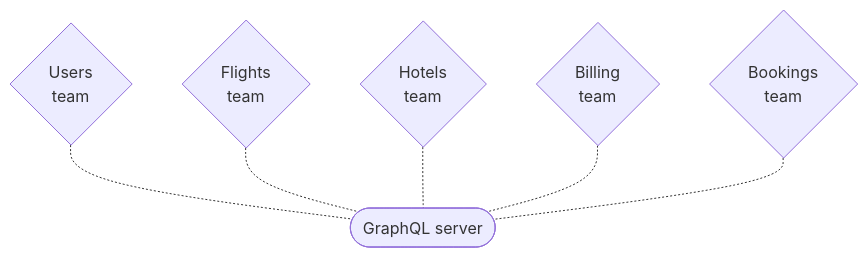
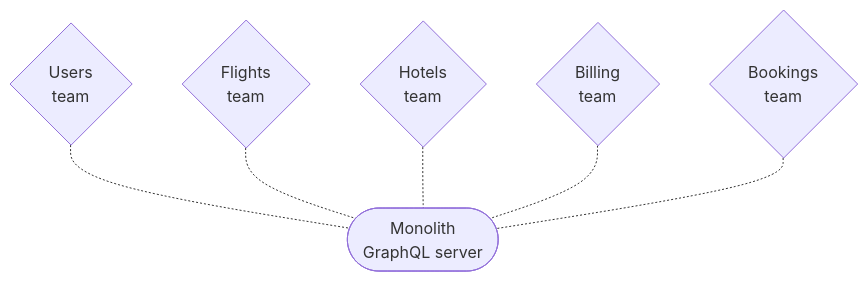
Before and after one commit to apollographql/federation: the sixth of 8 diagrams in docs/source/index.mdx, drawn with Mermaid. The commit also changed other lines of this file and 4 other files, not shown here.

````diff
--- a/docs/source/index.mdx
+++ b/docs/source/index.mdx
@@ -185,11 +185,11 @@
 ```mermaid
 flowchart TB;
   teamA{Users<br/>team};
   teamB{Flights<br/>team};
   teamC{Hotels<br/>team};
   teamD{Billing<br/>team};
   teamE{Bookings<br/>team};
-  server([GraphQL server]);
+  server(["Monolith<br/>GraphQL server"]);
   teamA & teamB & teamC & teamD & teamE -.- server;
   class teamA,teamB,teamC,teamD,teamE tertiary;
 ```
````
